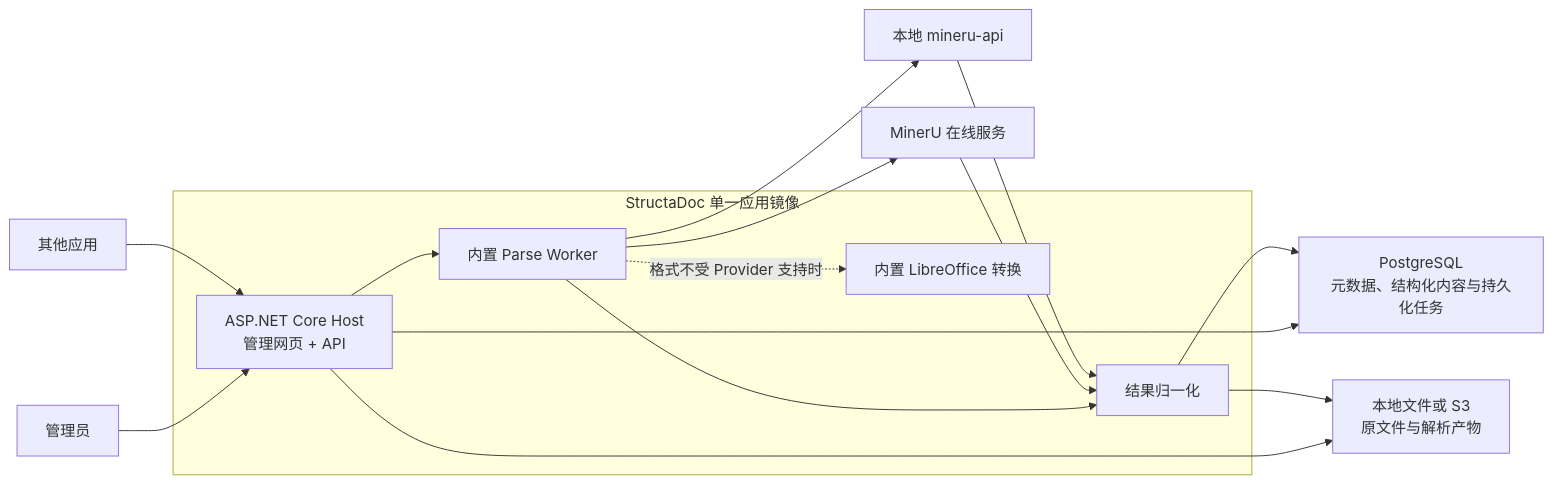
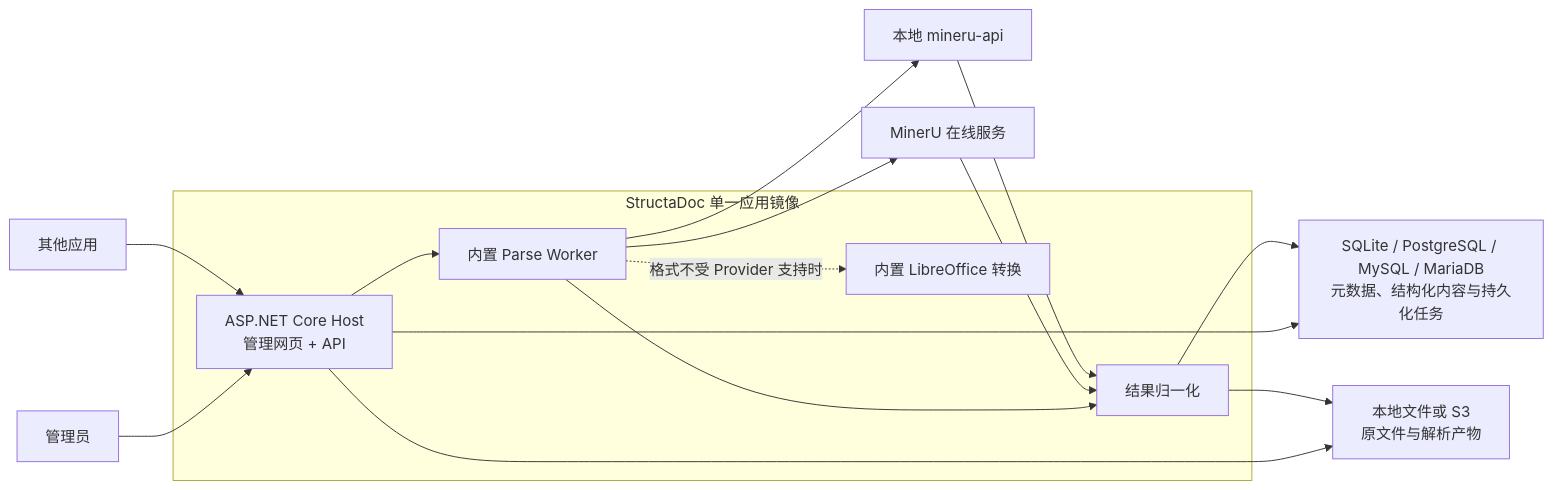
Before and after one commit to philfanzhou/StructaDoc: the diagram in README.md, drawn with Mermaid. The commit also changed other lines of this file and 6 other files, not shown here.

````diff
--- a/README.md
+++ b/README.md
@@ -45,25 +45,25 @@
 ```mermaid
 flowchart LR
     Admin["管理员"] --> Host
     Client["其他应用"] --> Host
 
     subgraph Image["StructaDoc 单一应用镜像"]
         Host["ASP.NET Core Host\n管理网页 + API"]
         Queue["内置 Parse Worker"]
         Converter["内置 LibreOffice 转换"]
         Normalizer["结果归一化"]
 
         Host --> Queue
         Queue -. "格式不受 Provider 支持时" .-> Converter
         Queue --> Normalizer
     end
 
-    Host --> Database["PostgreSQL\n元数据、结构化内容与持久化任务"]
+    Host --> Database["SQLite / PostgreSQL / MySQL / MariaDB\n元数据、结构化内容与持久化任务"]
     Host --> Storage["本地文件或 S3\n原文件与解析产物"]
     Queue --> Cloud["MinerU 在线服务"]
     Queue --> Local["本地 mineru-api"]
     Cloud --> Normalizer
     Local --> Normalizer
     Normalizer --> Database
     Normalizer --> Storage
 ```
````
